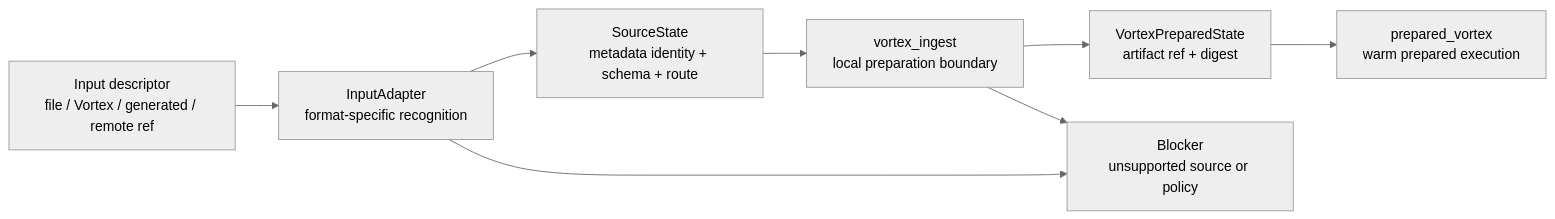
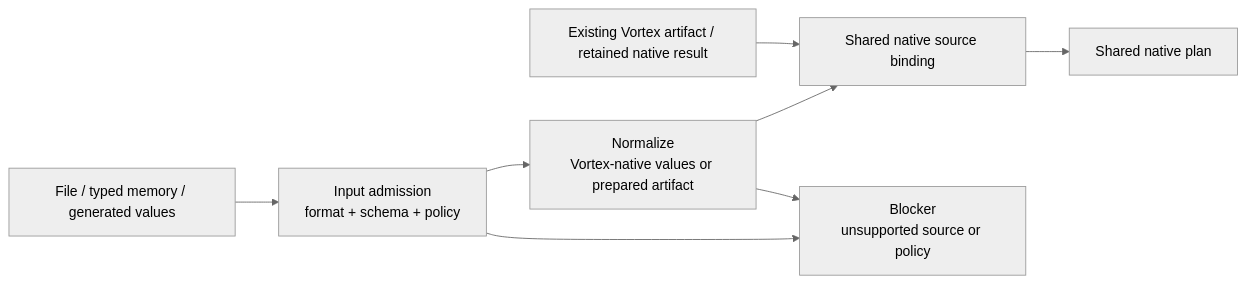
The third of 8 diagrams in docs/architecture/compute-engine-flow-reference.md (depsilon/shardloom), drawn with Mermaid (neutral theme) before and after one commit. The commit also changed other lines of this file and 37 other files, not shown here.

Commit message:
Record complete shared-native engine acceptance and align current documentation

````diff
--- a/docs/architecture/compute-engine-flow-reference.md
+++ b/docs/architecture/compute-engine-flow-reference.md
@@ -566,14 +437,15 @@
 ```mermaid
 flowchart LR
-    INPUT["Input descriptor<br/>file / Vortex / generated / remote ref"]
-    ADAPTER["InputAdapter<br/>format-specific recognition"]
-    SOURCE["SourceState<br/>metadata identity + schema + route"]
-    INGEST["vortex_ingest<br/>local preparation boundary"]
-    PREPARED["VortexPreparedState<br/>artifact ref + digest"]
-    PREPARED_ROUTE["prepared_vortex<br/>warm prepared execution"]
+    INPUT["File / typed memory / generated values"]
+    ADAPTER["Input admission<br/>format + schema + policy"]
+    INGEST["Normalize<br/>Vortex-native values or prepared artifact"]
+    NATIVE["Existing Vortex artifact / retained native result"]
+    SOURCE["Shared native source binding"]
+    PLAN["Shared native plan"]
     BLOCK["Blocker<br/>unsupported source or policy"]
 
-    INPUT --> ADAPTER --> SOURCE --> INGEST --> PREPARED --> PREPARED_ROUTE
+    INPUT --> ADAPTER --> INGEST --> SOURCE --> PLAN
+    NATIVE --> SOURCE
     ADAPTER --> BLOCK
     INGEST --> BLOCK
 ```
````
